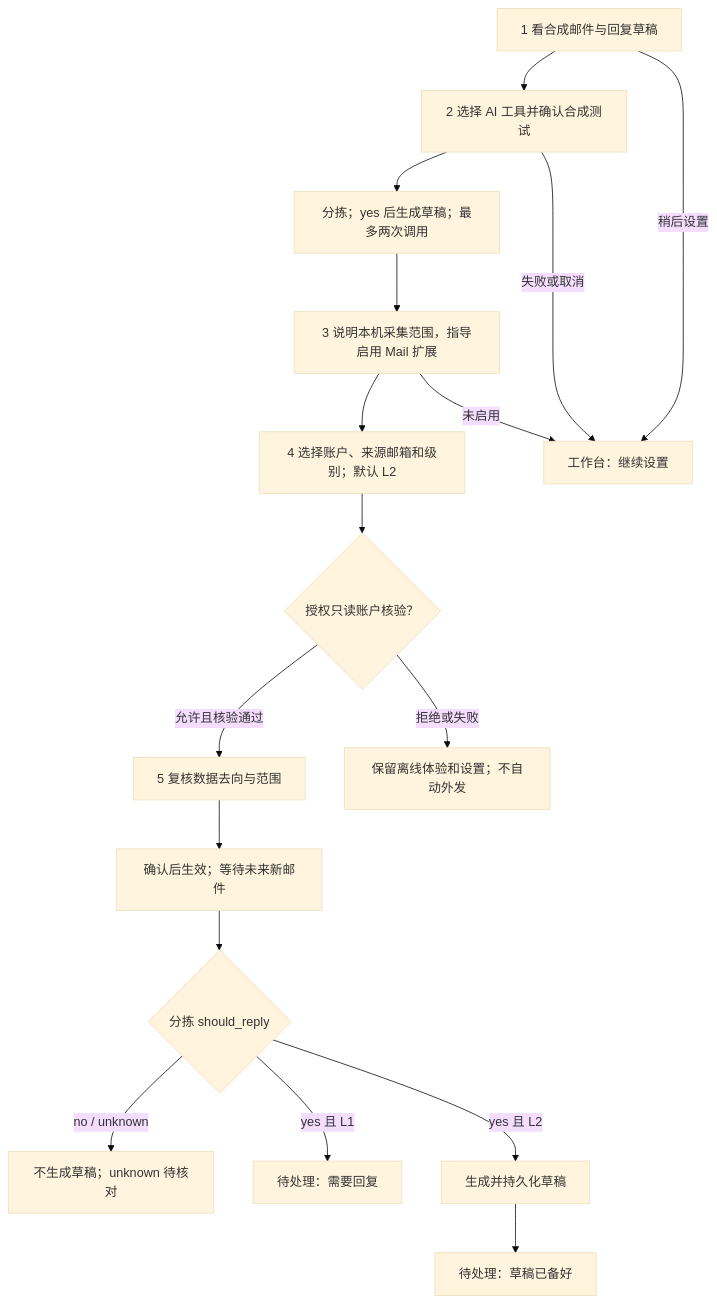
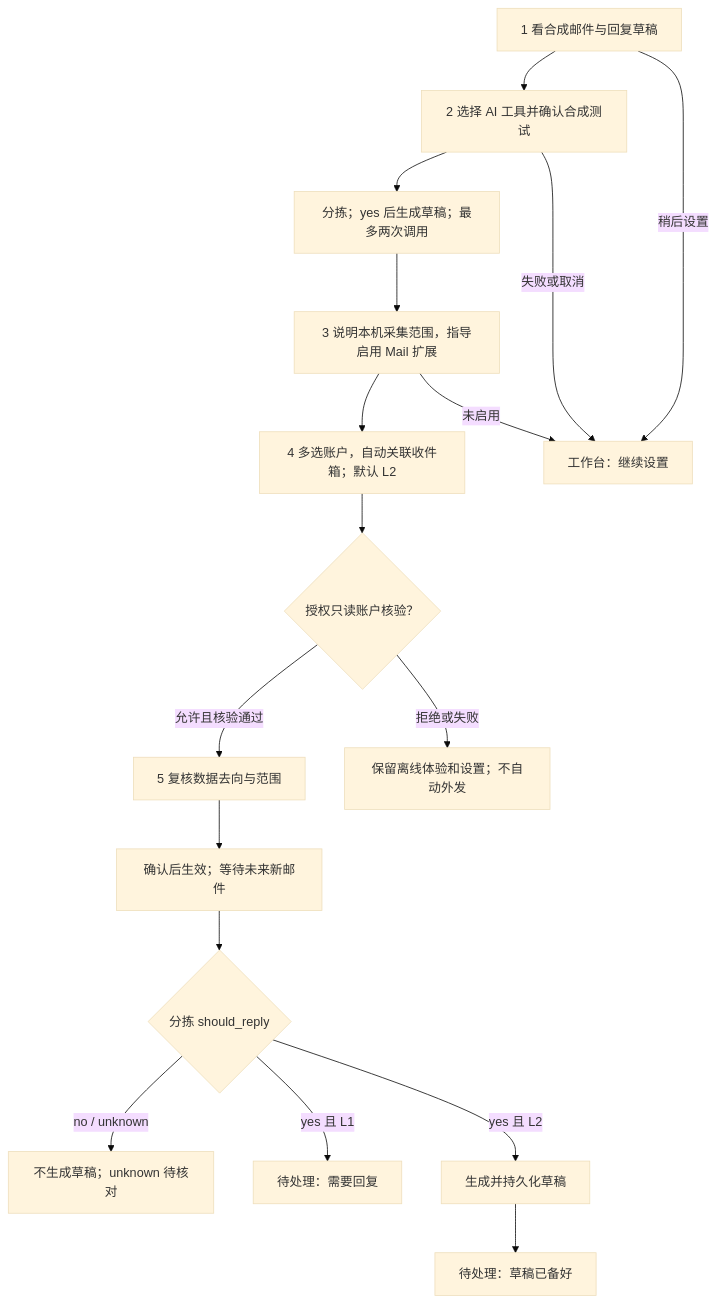
One commit to cobbcheng/Mailpipe changed the diagram in docs/onboarding.md. Above: the diagram before and after it, drawn with Mermaid (base theme). The commit also changed other lines of this file and 12 other files, not shown here.

````diff
--- a/docs/onboarding.md
+++ b/docs/onboarding.md
@@ -92,19 +92,19 @@
 ```mermaid
 flowchart TD
   A["1 看合成邮件与回复草稿"] --> B["2 选择 AI 工具并确认合成测试"]
   B --> C["分拣；yes 后生成草稿；最多两次调用"]
   C --> D["3 说明本机采集范围，指导启用 Mail 扩展"]
-  D --> E["4 选择账户、来源邮箱和级别；默认 L2"]
+  D --> E["4 多选账户，自动关联收件箱；默认 L2"]
   E --> F{"授权只读账户核验？"}
   F -- "允许且核验通过" --> G["5 复核数据去向与范围"]
   F -- "拒绝或失败" --> H["保留离线体验和设置；不自动外发"]
   G --> I["确认后生效；等待未来新邮件"]
   I --> J{"分拣 should_reply"}
   J -- "no / unknown" --> K["不生成草稿；unknown 待核对"]
   J -- "yes 且 L1" --> L["待处理：需要回复"]
   J -- "yes 且 L2" --> M["生成并持久化草稿"]
   M --> N["待处理：草稿已备好"]
   A -- "稍后设置" --> O["工作台：继续设置"]
   B -- "失败或取消" --> O
   D -- "未启用" --> O
 ```
````
